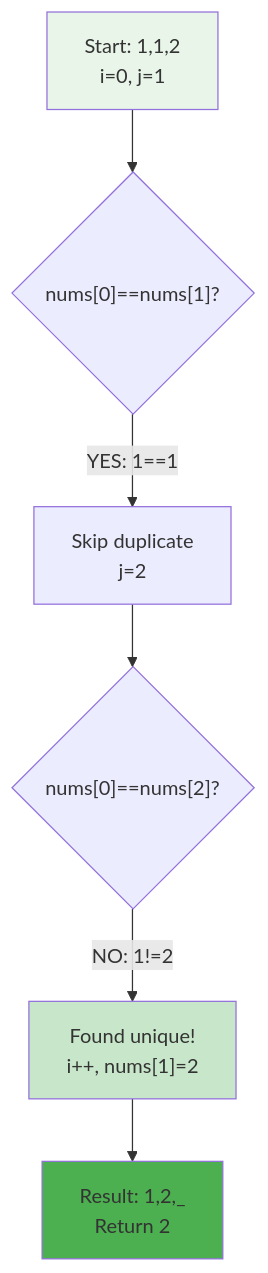
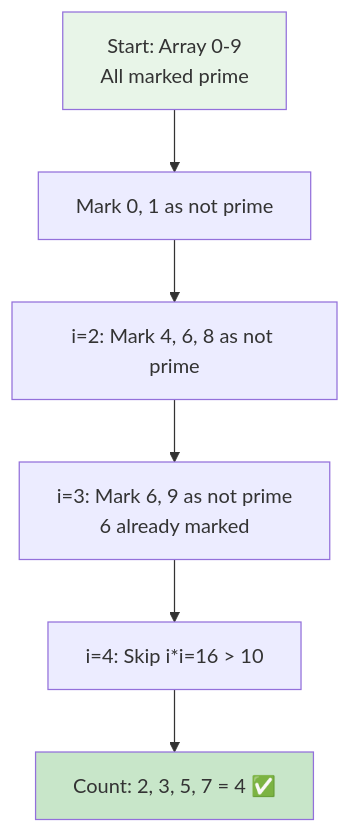
Before and after one commit to LuckyLongre123/README_RUNNER: the third of 13 diagrams in README.md, drawn with Mermaid. The commit also changed other lines of this file, not shown here.

````diff
--- a/README.md
+++ b/README.md
@@ -90,12 +88,11 @@
 ```mermaid
 flowchart TD
-    A["Start: 1,1,2<br/>i=0, j=1"] --> B{"nums[0]==nums[1]?"}
-    B -->|"YES: 1==1"| C["Skip duplicate<br/>j=2"]
-    C --> D{"nums[0]==nums[2]?"}
-    D -->|"NO: 1!=2"| E["Found unique!<br/>i++, nums[1]=2"]
-    E --> F["Result: 1,2,_<br/>Return 2"]
+    A[Start: Array 0-9<br/>All marked prime] --> B[Mark 0, 1 as not prime]
+    B --> C[i=2: Mark 4, 6, 8 as not prime]
+    C --> D[i=3: Mark 6, 9 as not prime<br/>6 already marked]
+    D --> E[i=4: Skip i*i=16 > 10]
+    E --> F[Count: 2, 3, 5, 7 = 4 ✅]
     
     style A fill:#e8f5e8
-    style E fill:#c8e6c9
-    style F fill:#4caf50
+    style F fill:#c8e6c9
 ```
````
